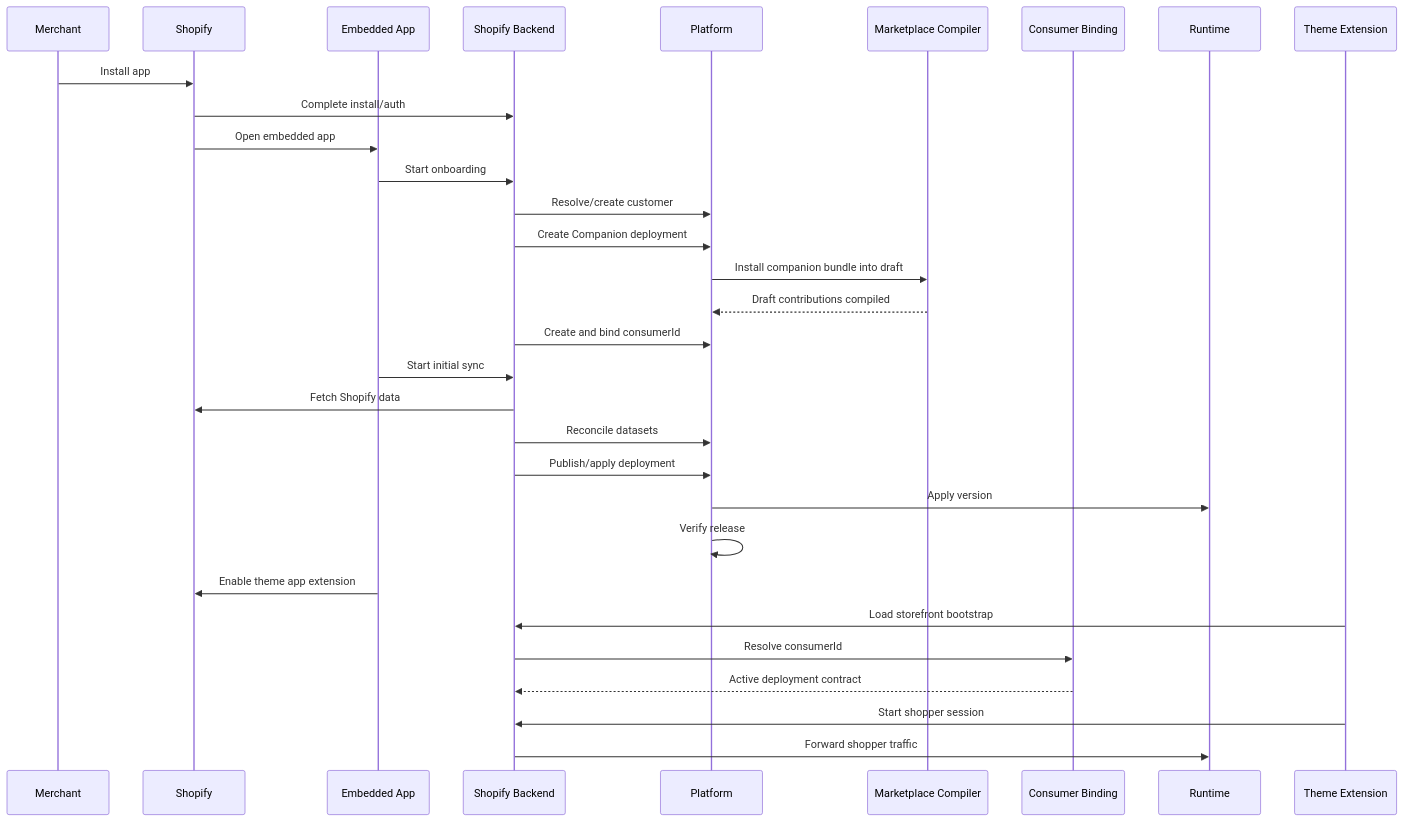
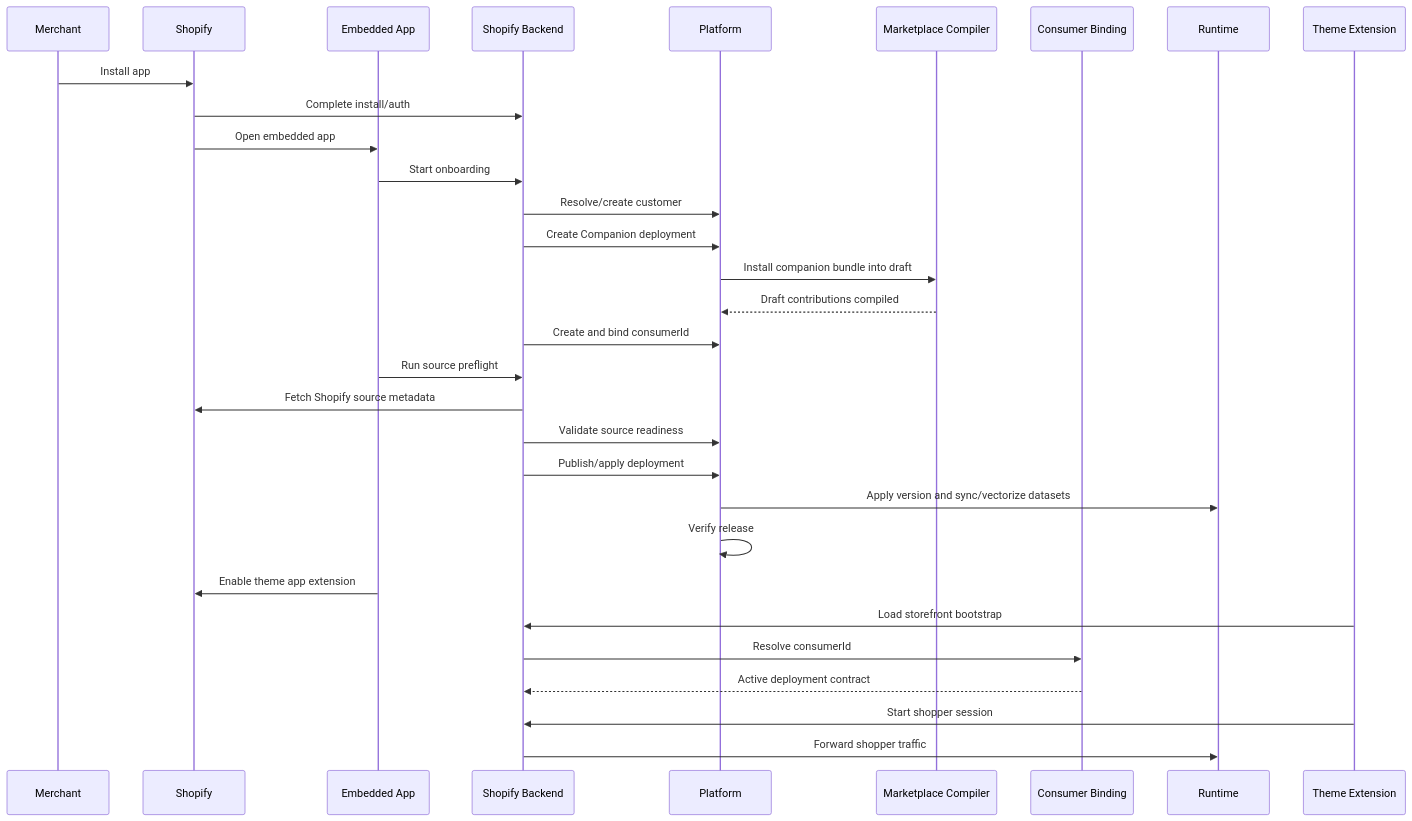
The ninth of 9 diagrams in doc/Productization/future-work/MarketPlace/Products/SHOPIFY_COMPANION_SUBSCRIPTION_AND_GO_LIVE_FLOW.md (mahmoudashraf/AI-Fabric-Framework), drawn with Mermaid before and after one commit. The commit also changed other lines of this file and 2 other files, not shown here.

Commit message:
Refine Shopify Companion product plans

````diff
--- a/doc/Productization/future-work/MarketPlace/Products/SHOPIFY_COMPANION_SUBSCRIPTION_AND_GO_LIVE_FLOW.md
+++ b/doc/Productization/future-work/MarketPlace/Products/SHOPIFY_COMPANION_SUBSCRIPTION_AND_GO_LIVE_FLOW.md
@@ -477,34 +481,34 @@
 ```mermaid
 sequenceDiagram
     participant M as Merchant
     participant SA as Shopify
     participant AF as Embedded App
     participant AB as Shopify Backend
     participant CP as Platform
     participant MC as Marketplace Compiler
     participant CR as Consumer Binding
     participant RT as Runtime
     participant TE as Theme Extension
 
     M->>SA: Install app
     SA->>AB: Complete install/auth
     SA->>AF: Open embedded app
     AF->>AB: Start onboarding
     AB->>CP: Resolve/create customer
     AB->>CP: Create Companion deployment
     CP->>MC: Install companion bundle into draft
     MC-->>CP: Draft contributions compiled
     AB->>CP: Create and bind consumerId
-    AF->>AB: Start initial sync
-    AB->>SA: Fetch Shopify data
-    AB->>CP: Reconcile datasets
+    AF->>AB: Run source preflight
+    AB->>SA: Fetch Shopify source metadata
+    AB->>CP: Validate source readiness
     AB->>CP: Publish/apply deployment
-    CP->>RT: Apply version
+    CP->>RT: Apply version and sync/vectorize datasets
     CP->>CP: Verify release
     AF->>SA: Enable theme app extension
     TE->>AB: Load storefront bootstrap
     AB->>CR: Resolve consumerId
     CR-->>AB: Active deployment contract
     TE->>AB: Start shopper session
     AB->>RT: Forward shopper traffic
 ```
````
